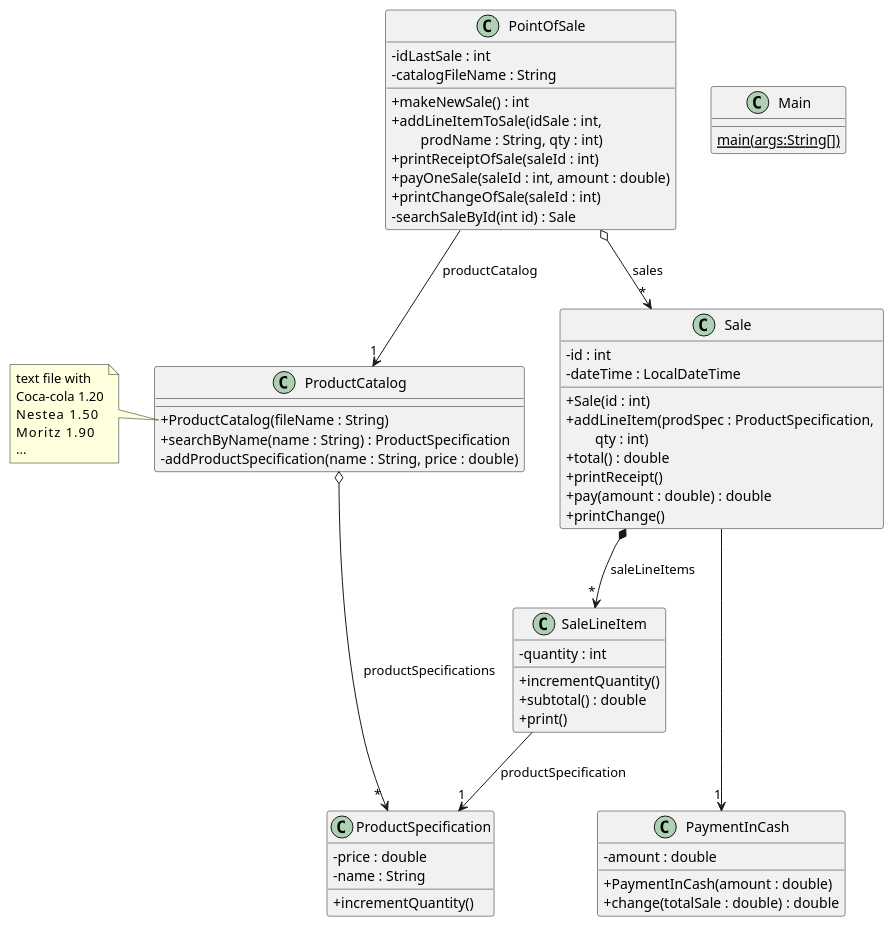
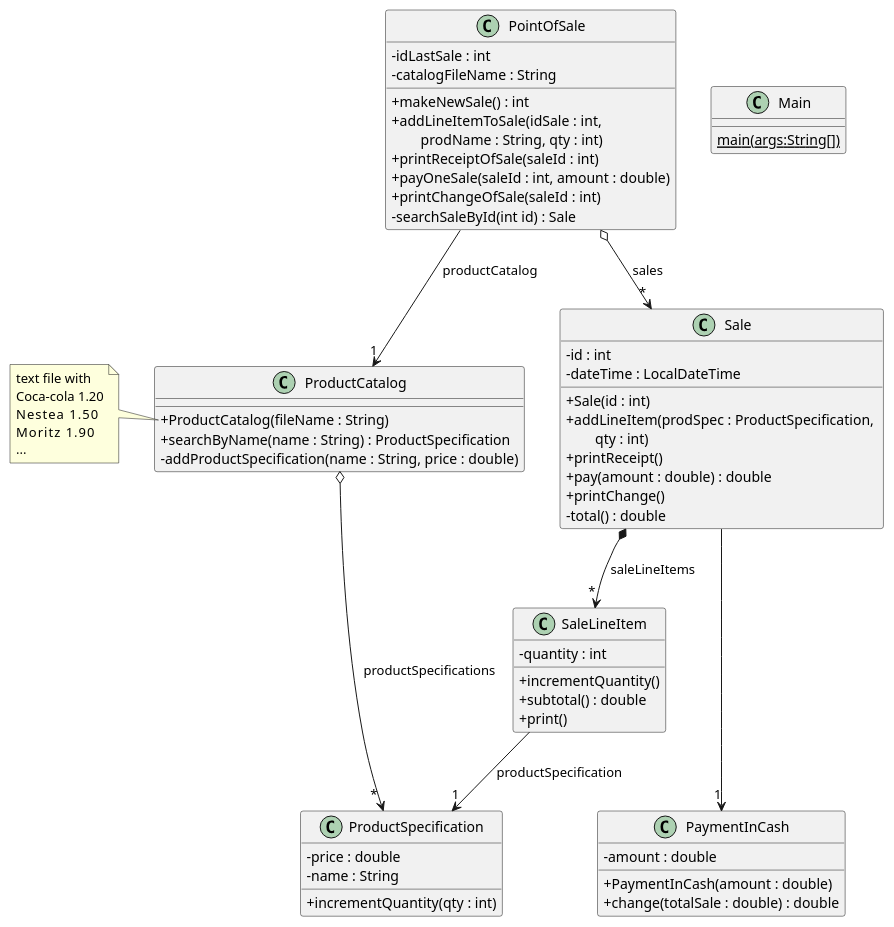
One commit to nilcamprubi/PointOfSale changed the diagram in src/pos/pos.puml. Above: the diagram before and after it, drawn with PlantUML. The commit also changed 3 other files, not shown here.

```diff
--- a/src/pos/pos.puml
+++ b/src/pos/pos.puml
@@ -1,70 +1,70 @@
 @startuml
 'https://plantuml.com/class-diagram
 skinparam classAttributeIconSize 0
 
 class Main {
 {static} main(args:String[])
 }
 
 class PointOfSale {
 - idLastSale : int
 - catalogFileName : String
 + makeNewSale() : int
 + addLineItemToSale(idSale : int, \n\tprodName : String, qty : int)
 + printReceiptOfSale(saleId : int)
 + payOneSale(saleId : int, amount : double)
 + printChangeOfSale(saleId : int)
 - searchSaleById(int id) : Sale
 }
 
 class ProductCatalog {
 + ProductCatalog(fileName : String)
 + searchByName(name : String) : ProductSpecification
 - addProductSpecification(name : String, price : double)
 }
 
 note left of ProductCatalog::ProductCatalog {
 text file with
 Coca-cola 1.20
 Nestea    1.50
 Moritz    1.90
 ...
 }
 
 class ProductSpecification {
 - price : double
 - name : String
-+ incrementQuantity()
++ incrementQuantity(qty : int)
 }
 
 class Sale {
 - id : int
 - dateTime : LocalDateTime
 + Sale(id : int)
 + addLineItem(prodSpec : ProductSpecification, \n\tqty : int)
-+ total() : double
 + printReceipt()
 + pay(amount : double) : double
 + printChange()
+- total() : double
 }
 
 class PaymentInCash {
 - amount : double
 + PaymentInCash(amount : double)
 + change(totalSale : double) : double
 }
 
 class SaleLineItem {
 - quantity : int
 + incrementQuantity()
 + subtotal() : double
 + print()
 }
 
 PointOfSale o--> "*" Sale : sales
 Sale *--> "*" SaleLineItem : saleLineItems
 SaleLineItem --> "1" ProductSpecification : productSpecification
 PointOfSale --> "1" ProductCatalog : productCatalog
 ProductCatalog o--> " * " ProductSpecification : productSpecifications
 Sale ---> "1" PaymentInCash
 @enduml
```
